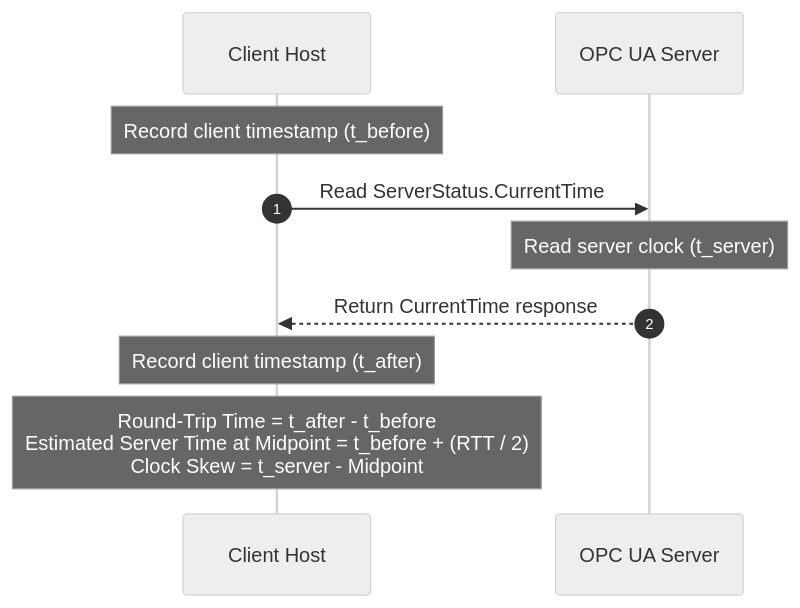
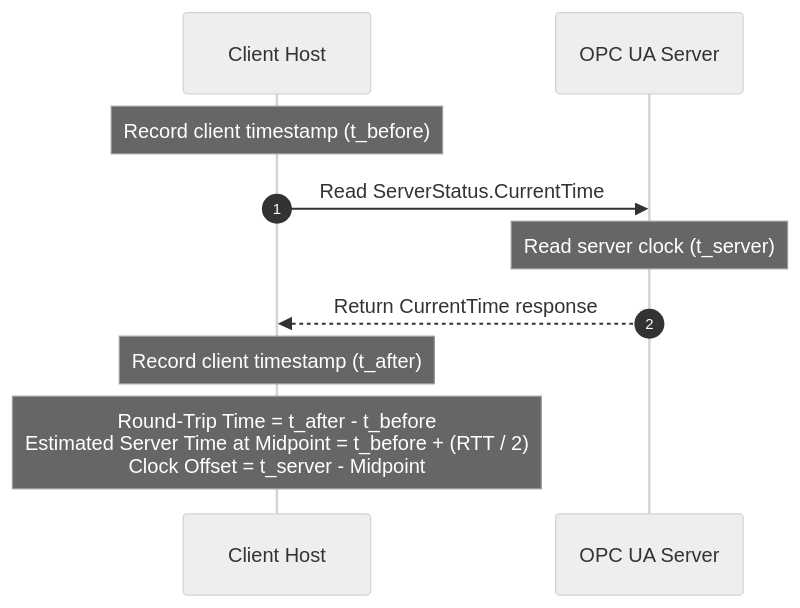
The third of 3 diagrams in OPC_UA_Clients/Release2/IJT_Performance_Client/docs/PERFORMANCE_GUIDE.md (umati/UA-for-Industrial-Joining-Technologies), drawn with Mermaid (neutral theme) before and after one commit. The commit also changed other lines of this file and 70 other files, not shown here.

````diff
--- a/OPC_UA_Clients/Release2/IJT_Performance_Client/docs/PERFORMANCE_GUIDE.md
+++ b/OPC_UA_Clients/Release2/IJT_Performance_Client/docs/PERFORMANCE_GUIDE.md
@@ -102,12 +172,12 @@
 ```mermaid
 sequenceDiagram
     autonumber
     participant Client as Client Host
     participant Server as OPC UA Server
     Note over Client: Record client timestamp (t_before)
     Client->>Server: Read ServerStatus.CurrentTime
     Note over Server: Read server clock (t_server)
     Server-->>Client: Return CurrentTime response
     Note over Client: Record client timestamp (t_after)
-    Note over Client: Round-Trip Time = t_after - t_before<br/>Estimated Server Time at Midpoint = t_before + (RTT / 2)<br/>Clock Skew = t_server - Midpoint
+    Note over Client: Round-Trip Time = t_after - t_before<br/>Estimated Server Time at Midpoint = t_before + (RTT / 2)<br/>Clock Offset = t_server - Midpoint
 ```
````
